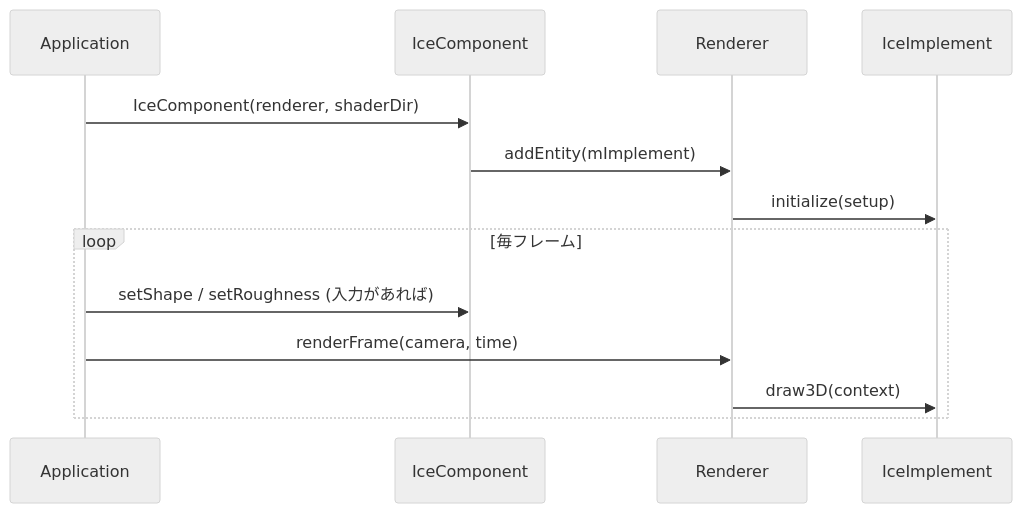
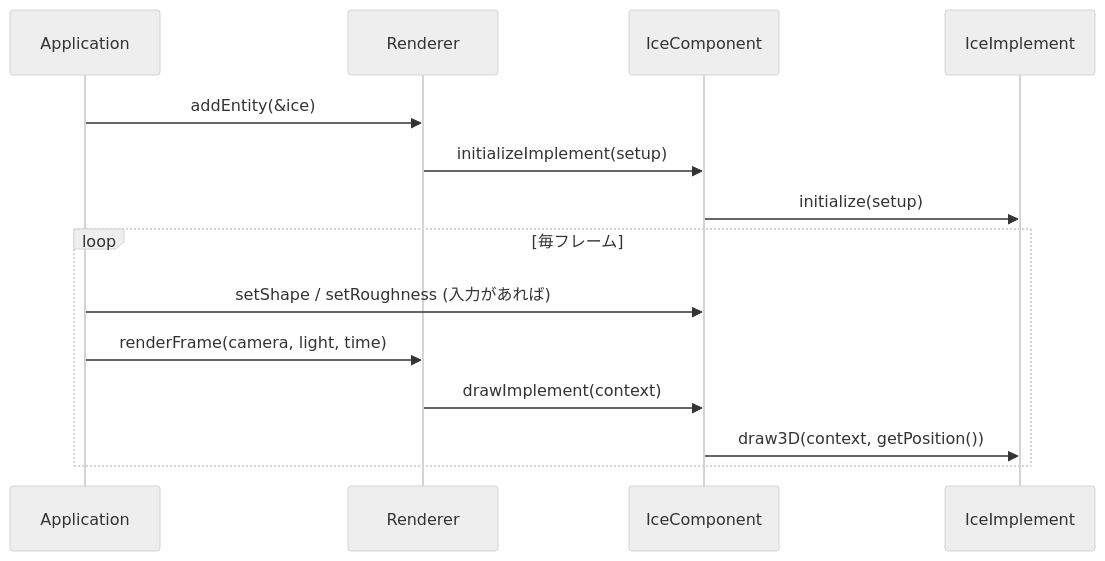
The second of 2 diagrams in docs/03-ice-component.md (HayatoOtsuki/Test), drawn with Mermaid (neutral theme) before and after one commit. The commit also changed other lines of this file and 2 other files, not shown here.

First line of the commit message:
docs: describe IceComponent as a RenderEntity with a Material

````diff
--- a/docs/03-ice-component.md
+++ b/docs/03-ice-component.md
@@ -93,15 +119,16 @@
 ```mermaid
 sequenceDiagram
     participant App as Application
+    participant R as Renderer
     participant Ice as IceComponent
-    participant R as Renderer
     participant Impl as IceImplement
-    App->>Ice: IceComponent(renderer, shaderDir)
-    Ice->>R: addEntity(mImplement)
-    R->>Impl: initialize(setup)
+    App->>R: addEntity(&ice)
+    R->>Ice: initializeImplement(setup)
+    Ice->>Impl: initialize(setup)
     loop 毎フレーム
         App->>Ice: setShape / setRoughness (入力があれば)
-        App->>R: renderFrame(camera, time)
-        R->>Impl: draw3D(context)
+        App->>R: renderFrame(camera, light, time)
+        R->>Ice: drawImplement(context)
+        Ice->>Impl: draw3D(context, getPosition())
     end
 ```
````
